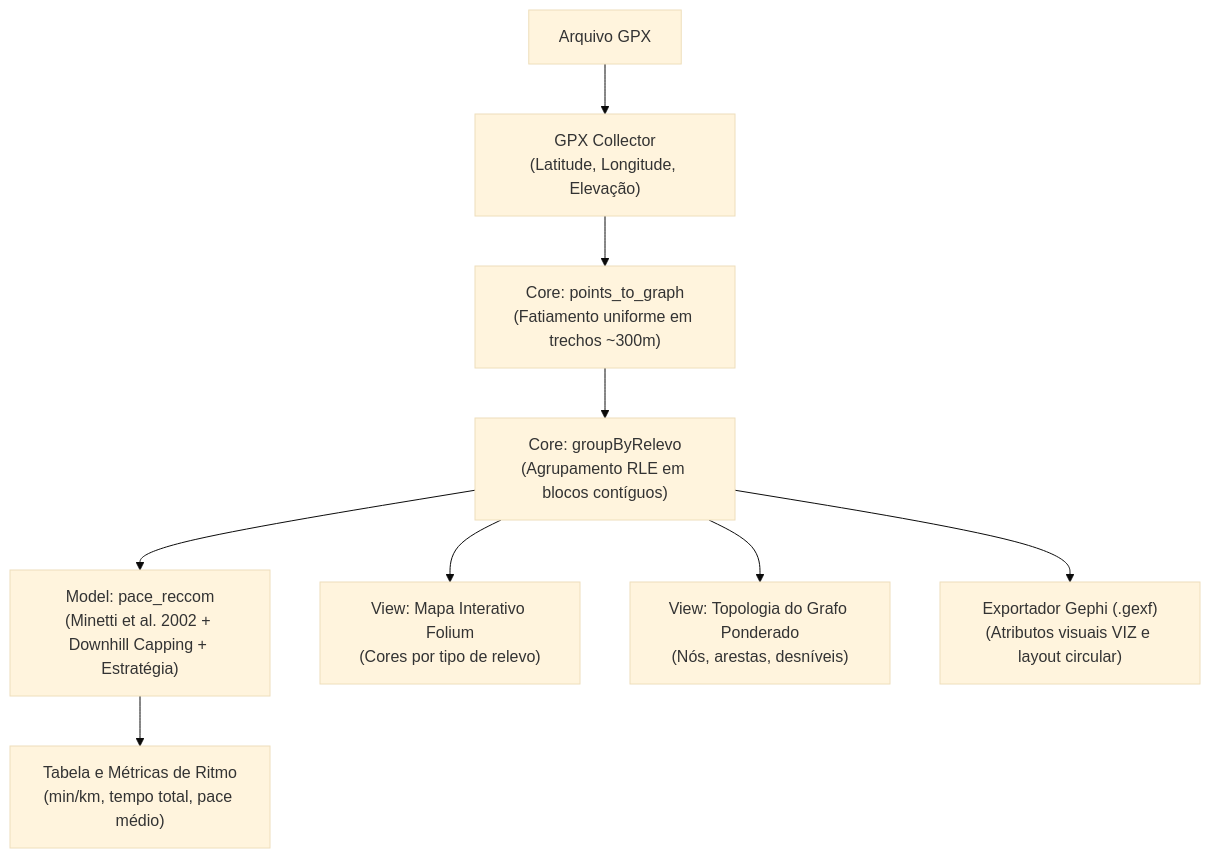
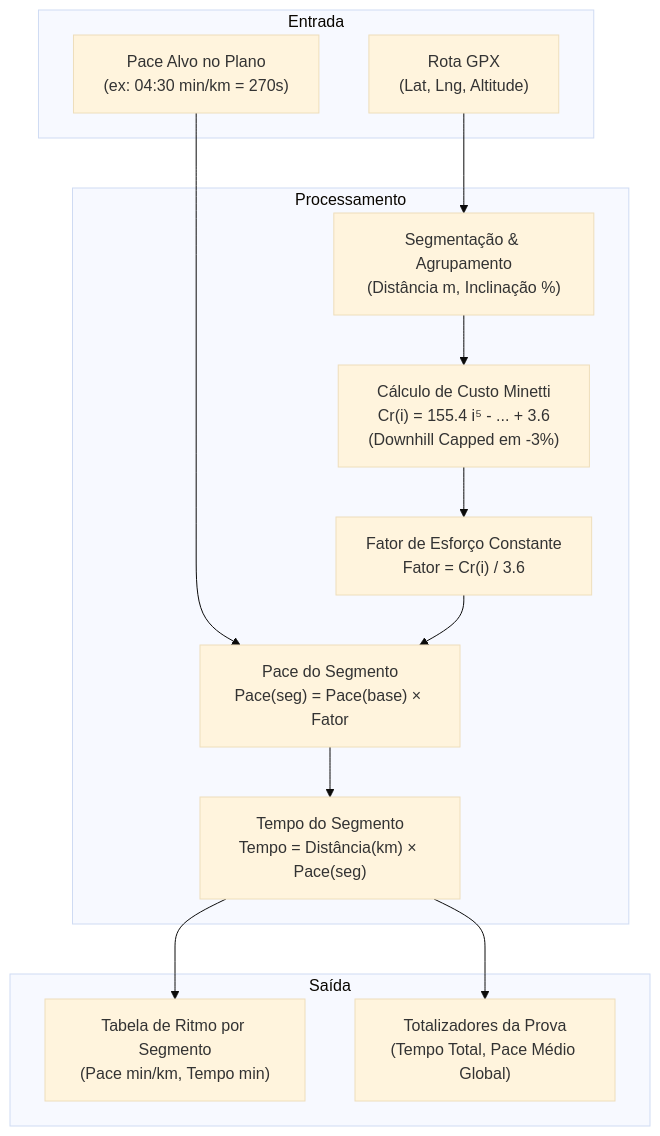
Before and after one commit to Felipe0132/Pace-Recommender-By-Route: the diagram in README.md, drawn with Mermaid (base theme). The commit also changed other lines of this file and 5 other files, not shown here.

````diff
--- a/README.md
+++ b/README.md
@@ -106,11 +111,29 @@
 ```mermaid
 flowchart TD
-    A["Arquivo GPX"] --> B["GPX Collector\n(Latitude, Longitude, Elevação)"]
-    B --> C["Core: points_to_graph\n(Fatiamento uniforme em trechos ~300m)"]
-    C --> D["Core: groupByRelevo\n(Agrupamento RLE em blocos contíguos)"]
-    D --> E["Model: pace_reccom\n(Minetti et al. 2002 + Downhill Capping + Estratégia)"]
-    E --> F["Tabela e Métricas de Ritmo\n(min/km, tempo total, pace médio)"]
-    D --> G["View: Mapa Interativo Folium\n(Cores por tipo de relevo)"]
-    D --> H["View: Topologia do Grafo Ponderado\n(Nós, arestas, desníveis)"]
-    D --> I["Exportador Gephi (.gexf)\n(Atributos visuais VIZ e layout circular)"]
+    subgraph Entrada
+        P_alvo["Pace Alvo no Plano\n(ex: 04:30 min/km = 270s)"]
+        Track["Rota GPX\n(Lat, Lng, Altitude)"]
+    end
+
+    subgraph Processamento
+        Seg["Segmentação & Agrupamento\n(Distância m, Inclinação %)"]
+        Minetti["Cálculo de Custo Minetti\nCr(i) = 155.4 i⁵ - ... + 3.6\n(Downhill Capped em -3%)"]
+        Fator["Fator de Esforço Constante\nFator = Cr(i) / 3.6"]
+        PaceSeg["Pace do Segmento\nPace(seg) = Pace(base) × Fator"]
+        TempoSeg["Tempo do Segmento\nTempo = Distância(km) × Pace(seg)"]
+    end
+
+    subgraph Saída
+        Tab["Tabela de Ritmo por Segmento\n(Pace min/km, Tempo min)"]
+        Totais["Totalizadores da Prova\n(Tempo Total, Pace Médio Global)"]
+    end
+
+    Track --> Seg
+    Seg --> Minetti
+    Minetti --> Fator
+    P_alvo --> PaceSeg
+    Fator --> PaceSeg
+    PaceSeg --> TempoSeg
+    TempoSeg --> Tab
+    TempoSeg --> Totais
 ```
````
